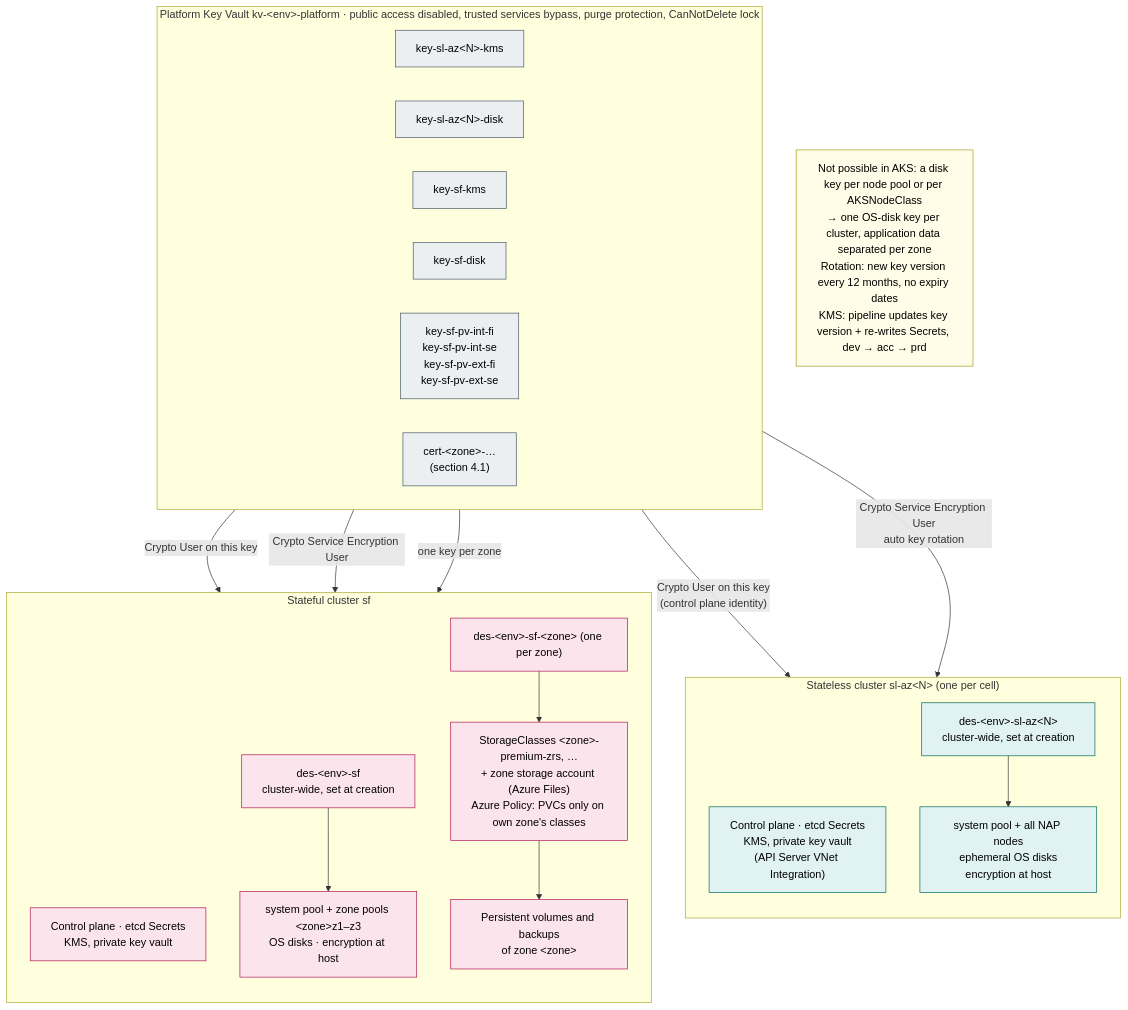
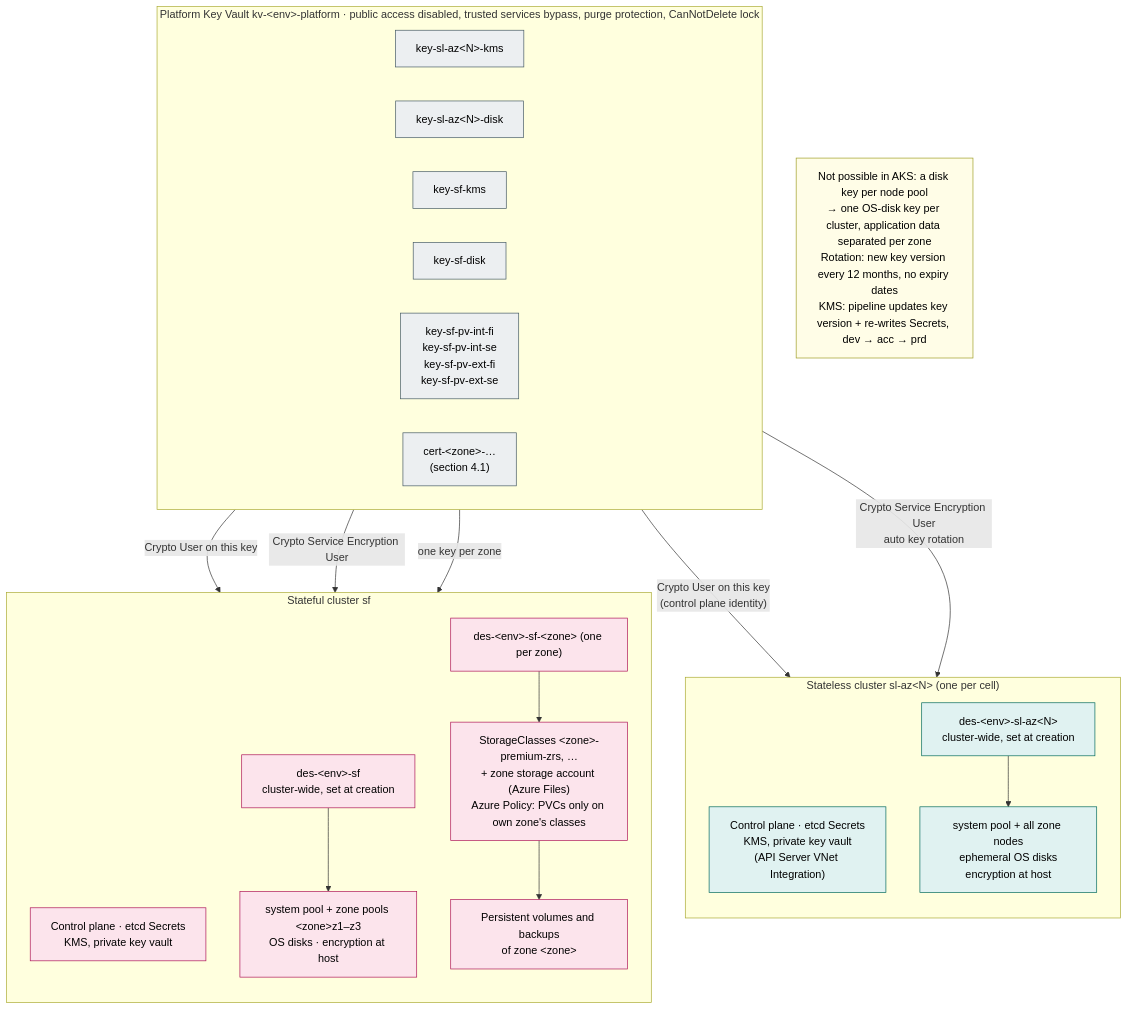
Before and after one commit to onek8s/onek8s.github.io: the diagram in diagrams/4.2-encryption-at-rest.mmd, drawn with Mermaid. The commit also changed 56 other files, not shown here.

First line of the commit message:
Design v2.0: one cell network (pod subnet), no AKS Automatic, one lab cell (#97)

```diff
--- a/diagrams/4.2-encryption-at-rest.mmd
+++ b/diagrams/4.2-encryption-at-rest.mmd
@@ -1,47 +1,47 @@
 %% Encryption at rest with customer-managed keys, all kept in the environment's platform Key Vault.
 %% Per cluster: a KMS key for etcd (control plane) and a disk key for the OS disks of all its nodes (AKS allows only one
 %% disk encryption set per cluster, not per node pool). Stateful cluster: also one key per isolation zone for its volumes.
 flowchart TB
     subgraph KV["Platform Key Vault kv-&lt;env&gt;-platform · public access disabled, trusted services bypass, purge protection, CanNotDelete lock"]
         direction LR
         kslkms["key-sl-az&lt;N&gt;-kms"]
         ksldisk["key-sl-az&lt;N&gt;-disk"]
         ksfkms["key-sf-kms"]
         ksfdisk["key-sf-disk"]
         kpv["key-sf-pv-int-fi<br/>key-sf-pv-int-se<br/>key-sf-pv-ext-fi<br/>key-sf-pv-ext-se"]
         certs["cert-&lt;zone&gt;-…<br/>(section 4.1)"]
     end
 
     subgraph SL["Stateless cluster sl-az&lt;N&gt; (one per cell)"]
         direction TB
         slapi["Control plane · etcd Secrets<br/>KMS, private key vault<br/>(API Server VNet Integration)"]
         sldes["des-&lt;env&gt;-sl-az&lt;N&gt;<br/>cluster-wide, set at creation"]
-        slnodes["system pool + all NAP nodes<br/>ephemeral OS disks<br/>encryption at host"]
+        slnodes["system pool + all zone nodes<br/>ephemeral OS disks<br/>encryption at host"]
     end
 
     subgraph SF["Stateful cluster sf"]
         direction TB
         sfapi["Control plane · etcd Secrets<br/>KMS, private key vault"]
         sfdes["des-&lt;env&gt;-sf<br/>cluster-wide, set at creation"]
         sfnodes["system pool + zone pools &lt;zone&gt;z1–z3<br/>OS disks · encryption at host"]
         zdes["des-&lt;env&gt;-sf-&lt;zone&gt; (one per zone)"]
         sc["StorageClasses &lt;zone&gt;-premium-zrs, …<br/>+ zone storage account (Azure Files)<br/>Azure Policy: PVCs only on own zone's classes"]
         pv["Persistent volumes and backups<br/>of zone &lt;zone&gt;"]
     end
 
     kslkms -->|"Crypto User on this key<br/>(control plane identity)"| slapi
     ksldisk -->|"Crypto Service Encryption User<br/>auto key rotation"| sldes --> slnodes
     ksfkms -->|"Crypto User on this key"| sfapi
     ksfdisk -->|"Crypto Service Encryption User"| sfdes --> sfnodes
     kpv -->|"one key per zone"| zdes --> sc --> pv
 
-    note["Not possible in AKS: a disk key per node pool or per AKSNodeClass<br/>→ one OS-disk key per cluster, application data separated per zone<br/>Rotation: new key version every 12 months, no expiry dates<br/>KMS: pipeline updates key version + re-writes Secrets, dev → acc → prd"]
+    note["Not possible in AKS: a disk key per node pool<br/>→ one OS-disk key per cluster, application data separated per zone<br/>Rotation: new key version every 12 months, no expiry dates<br/>KMS: pipeline updates key version + re-writes Secrets, dev → acc → prd"]
 
     classDef cp fill:#eceff1,stroke:#455a64,color:#000
     classDef sl fill:#e0f2f1,stroke:#00695c,color:#000
     classDef sf fill:#fce4ec,stroke:#ad1457,color:#000
     classDef note fill:#fffde7,stroke:#9e9d24,color:#000
     class kslkms,ksldisk,ksfkms,ksfdisk,kpv,certs cp
     class slapi,sldes,slnodes sl
     class sfapi,sfdes,sfnodes,zdes,sc,pv sf
     class note note
```
